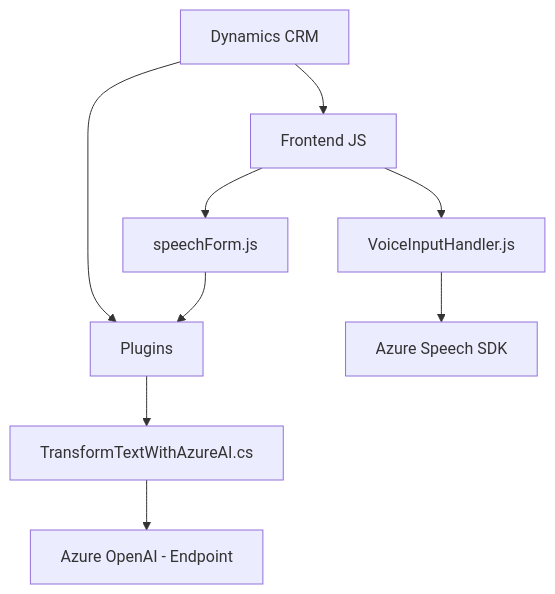
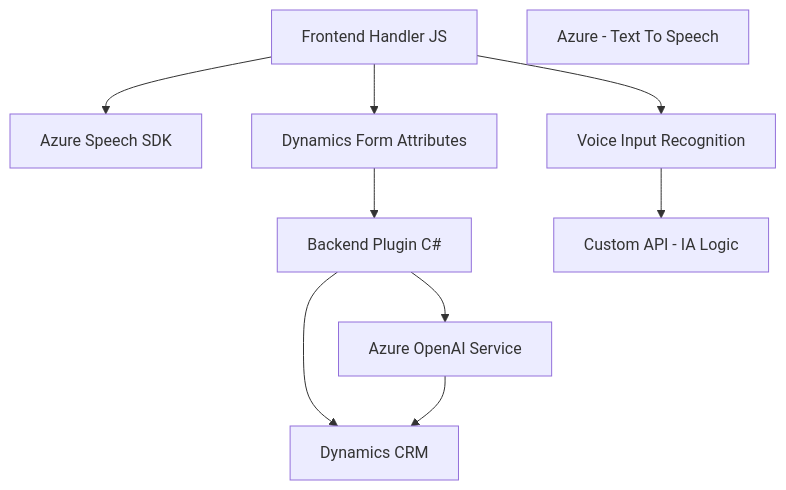
Before and after one commit to blopezdm/NETCORE_BILBAO2025: the diagram in README.md, drawn with Mermaid. The commit also changed other lines of this file, not shown here.

````diff
--- a/README.md
+++ b/README.md
@@ -43,11 +33,21 @@
 ```mermaid
 graph TD
-    A["Dynamics CRM"] --> B["Plugins"]
-    B --> C["TransformTextWithAzureAI.cs"]
-    C --> D["Azure OpenAI - Endpoint"]
-    A --> E["Frontend JS"]
-    E --> F["VoiceInputHandler.js"]
-    E --> G["speechForm.js"]
-    F --> H["Azure Speech SDK"]
-    G --> B
+    A["Frontend Handler JS"]
+    B["Azure Speech SDK"]
+    C["Dynamics Form Attributes"]
+    D["Voice Input Recognition"]
+    E["Azure - Text To Speech"]
+    F["Backend Plugin C#"]
+    G["Dynamics CRM"]
+    H["Azure OpenAI Service"]
+    I["Custom API - IA Logic"]
+
+    A --> B
+    A --> C
+    A --> D
+    D --> I
+    C --> F
+    F --> G
+    F --> H
+    H --> G
 ```
````
